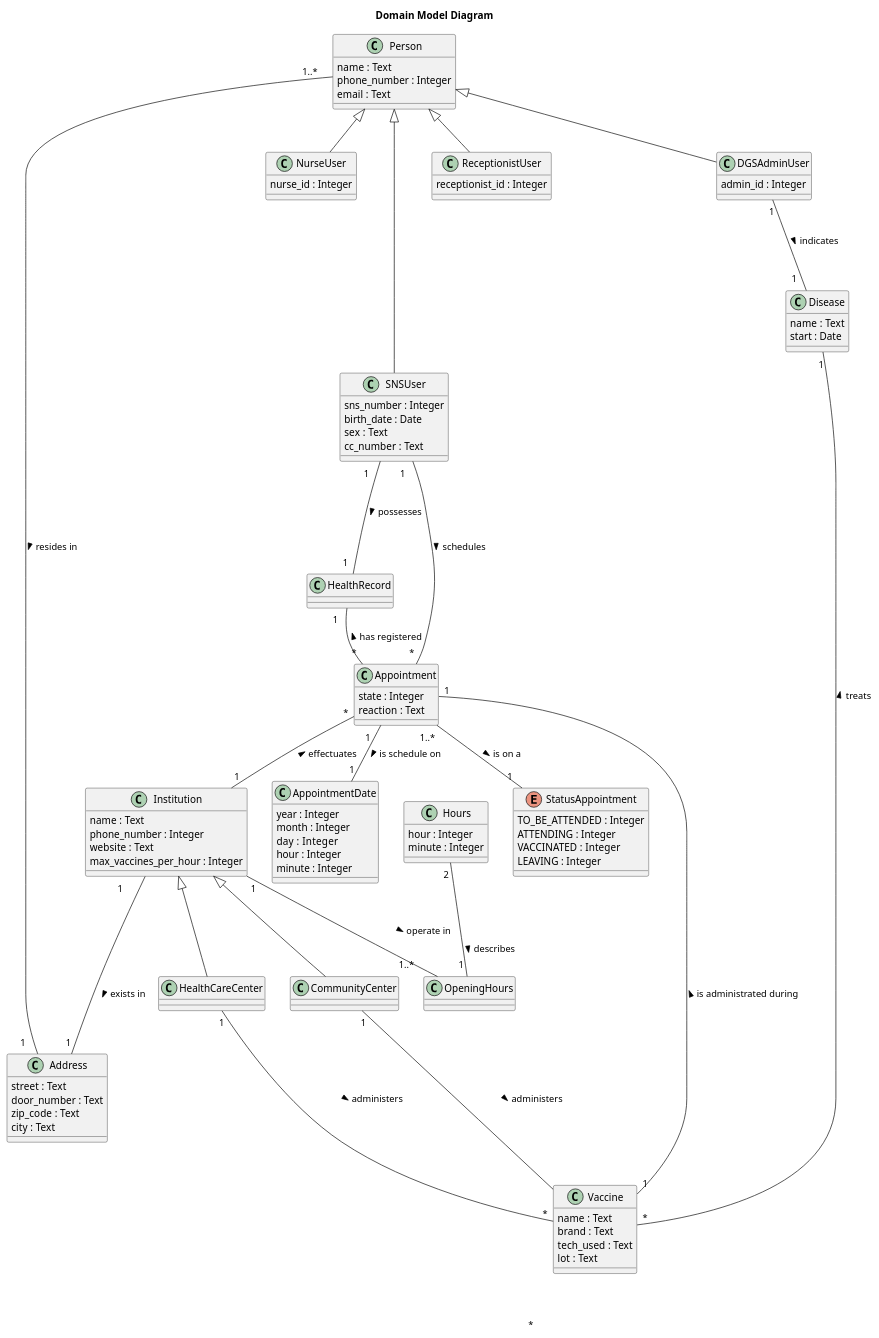
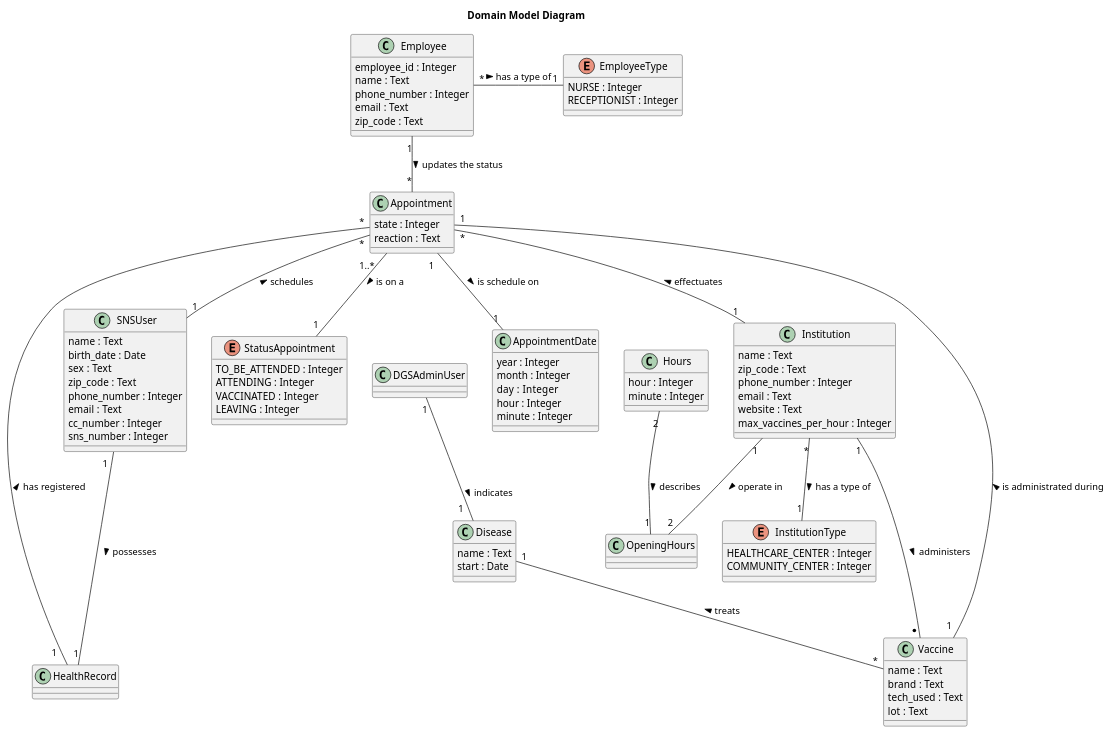
One commit to pedroguilherme-web/leti-esoft-25-26-A1 changed the diagram in docs/system-documentation/global-artifacts/puml/domain_model.puml. Above: the diagram before and after it, drawn with PlantUML. The commit also changed 19 other files, not shown here.

```diff
--- a/docs/system-documentation/global-artifacts/puml/domain_model.puml
+++ b/docs/system-documentation/global-artifacts/puml/domain_model.puml
@@ -1,103 +1,93 @@
 @startuml
 'https://plantuml.com/class-diagram
 
 top to bottom direction
 'skinparam linetype ortho
 title Domain Model Diagram
 
-class Person {
+enum EmployeeType {
+    NURSE : Integer
+    RECEPTIONIST : Integer
+}
+class Employee {
+    employee_id : Integer
     name : Text
     phone_number : Integer
     email : Text
-}
-class NurseUser {
-    nurse_id : Integer
+    zip_code : Text
 }
 class SNSUser {
-    sns_number : Integer
+    name : Text
     birth_date : Date
     sex : Text
-    cc_number : Text
+    zip_code : Text
+    phone_number : Integer
+    email : Text
+    cc_number : Integer
+    sns_number : Integer
 }
-class ReceptionistUser {
-    receptionist_id : Integer
-}
-class DGSAdminUser {
-    admin_id : Integer
-}
+class DGSAdminUser {}
 class Vaccine {
     name : Text
     brand : Text
     tech_used : Text
     lot : Text
 }
 class Appointment {
     state : Integer
     reaction : Text
 }
 enum StatusAppointment {
     TO_BE_ATTENDED : Integer
     ATTENDING : Integer
     VACCINATED : Integer
     LEAVING : Integer
 }
+enum InstitutionType {
+    HEALTHCARE_CENTER : Integer
+    COMMUNITY_CENTER : Integer
+}
 class Institution {
     name : Text
+    zip_code : Text
     phone_number : Integer
+    email : Text
     website : Text
     max_vaccines_per_hour : Integer
 }
-class HealthCareCenter {
-}
-class CommunityCenter {
-}
-class Address {
-    street : Text
-    door_number : Text
-    zip_code : Text
-    city : Text
-}
-
 class AppointmentDate {
     year : Integer
     month : Integer
     day  : Integer
     hour : Integer
     minute : Integer
 }
 class Hours {
     hour : Integer
     minute : Integer
 }
 class HealthRecord {
 }
 class OpeningHours {
 }
 class Disease {
     name : Text
     start : Date
 }
-
-Person <|-- NurseUser
-Person <|---- SNSUser
-Person <|-- ReceptionistUser
-Person <|-- DGSAdminUser
-Person "1..*    " - "1    "  Address: resides in >
-Institution <|-- HealthCareCenter
-Institution <|-- CommunityCenter
-HealthCareCenter "1" --- "*" Vaccine: administers >
-CommunityCenter "1" --- "\n \n \n \n \n \n \n \n \n \n *      " Vaccine: administers >
-SNSUser "1    " --- "1  " HealthRecord: possesses >
-HealthRecord "1   " -- "*" Appointment: < has registered
-Institution "1        " --- "1 " Address: exists in >
-Institution "1" -- "1..*                 " OpeningHours: operate in >
+Employee "*" - "1" EmployeeType: has a type of >
+Employee "1" -- "*" Appointment: updates the status >
+Institution "*" -- "1" InstitutionType: has a type of >
+Institution "1" --- "* " Vaccine: administers >
+SNSUser "1  " --- "1" HealthRecord: possesses >
+HealthRecord "1   " -- "*" Appointment: has registered >
+Institution "1" -- "2" OpeningHours: operate in >
 DGSAdminUser "1" -- "1   " Disease: "\n indicates >"
-Appointment "                            *" --- "1    " SNSUser: < schedules
+Appointment "*" -- "1    " SNSUser: < schedules
 Appointment "*" -- "1" Institution: < effectuates
 Appointment "1   " -- "1" AppointmentDate: is schedule on >
 Appointment "1" -- "1  " Vaccine: < is administrated during
 Appointment "1..*   " -- "1 " StatusAppointment: is on a >
 Disease "1" -- "*" Vaccine: < treats
-Hours "2 " -- "1 " OpeningHours: "\n \n \ndescribes >"
+Hours "2" -- "1" OpeningHours: "describes >"
 
 @enduml
```
